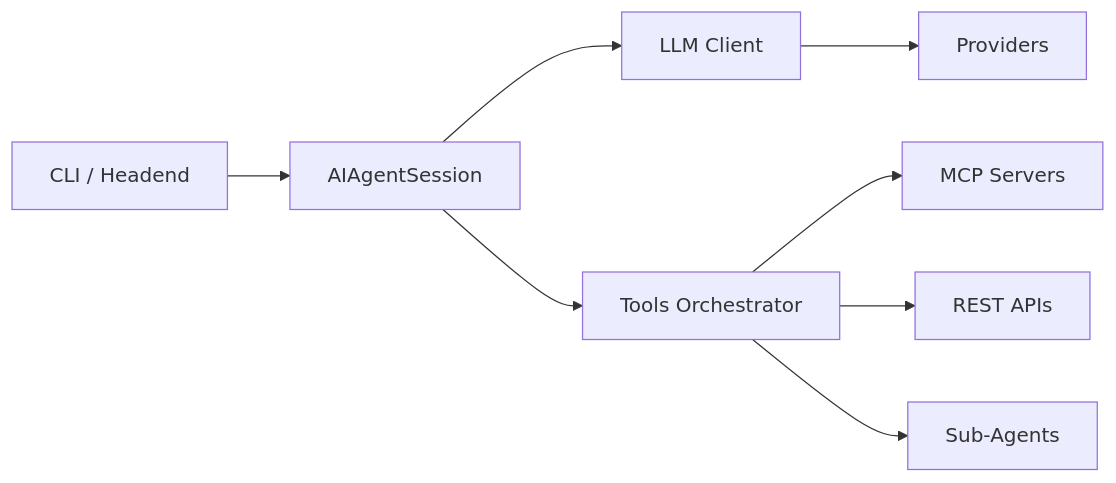
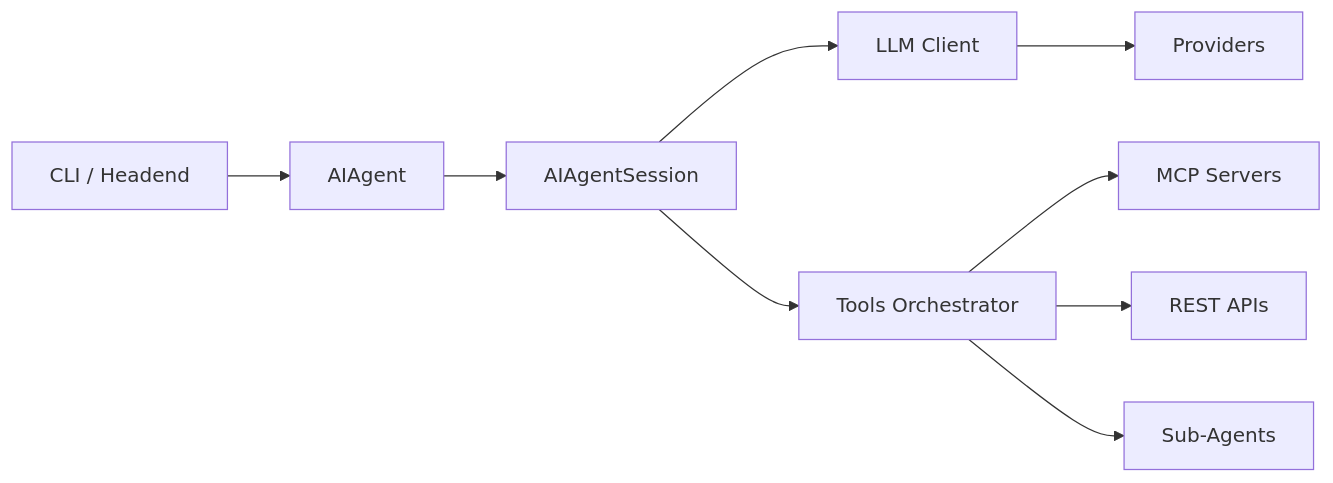
One commit to netdata/netdata changed the diagram in docs/Technical-Specs.md. Above: the diagram before and after it, drawn with Mermaid. The commit also changed other lines of this file and 64 other files, not shown here.

````diff
--- a/docs/Technical-Specs.md
+++ b/docs/Technical-Specs.md
@@ -68,10 +68,11 @@
 ```mermaid
 graph LR
-    CLI[CLI / Headend] --> Session[AIAgentSession]
+    CLI[CLI / Headend] --> AIAgent[AIAgent]
+    AIAgent --> Session[AIAgentSession]
     Session --> LLMClient[LLM Client]
     Session --> Tools[Tools Orchestrator]
     LLMClient --> Providers[Providers]
     Tools --> MCP[MCP Servers]
     Tools --> REST[REST APIs]
     Tools --> SubAgents[Sub-Agents]
 ```
````
